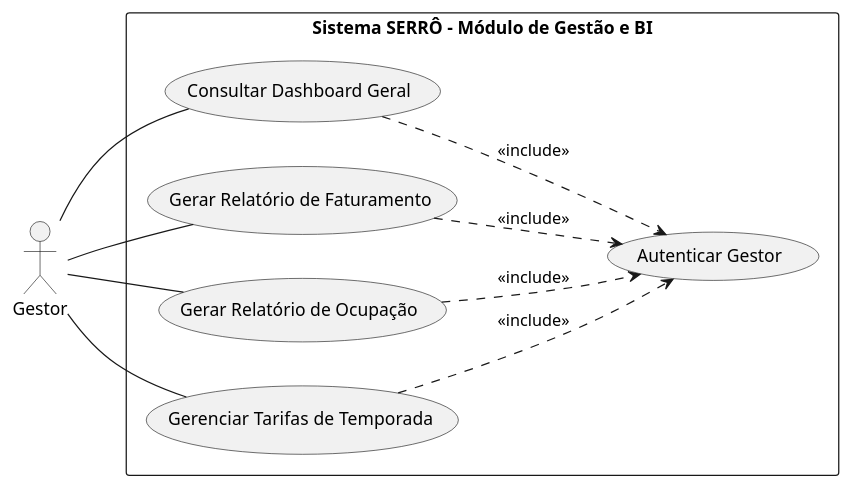
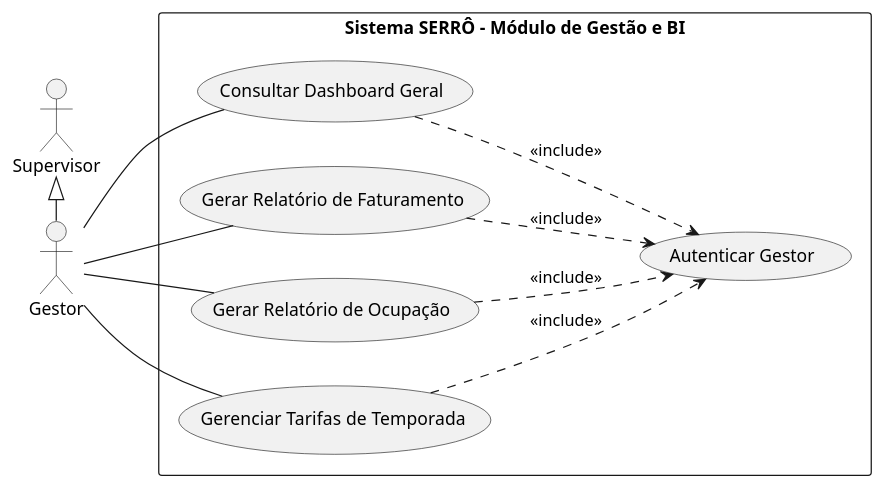
One commit to gusjjpv/serro-hotelaria changed the diagram in diagramas/UC2_gestao.iuml. Above: the diagram before and after it, drawn with PlantUML.

Commit message:
Novo ator

```diff
--- a/diagramas/UC2_gestao.iuml
+++ b/diagramas/UC2_gestao.iuml
@@ -1,26 +1,29 @@
 @startuml
 left to right direction
 
 actor "Gestor" as g
+actor "Supervisor" as supervisor
 
 rectangle "Sistema SERRÔ - Módulo de Gestão e BI" {
     usecase "Autenticar Gestor" as auth
     
         usecase "Consultar Dashboard Geral" as uc17
         usecase "Gerar Relatório de Faturamento" as uc18
         usecase "Gerar Relatório de Ocupação" as uc19
         usecase "Gerenciar Tarifas de Temporada" as uc20
 
 
     g -- uc17
     g -- uc18
     g -- uc19
     g -- uc20
 
     uc17 ..> auth : <<include>>
     uc18 ..> auth : <<include>>
     uc19 ..> auth : <<include>>
     uc20 ..> auth : <<include>>
+
+    supervisor <|-right- g
 }
 
 @enduml
```
